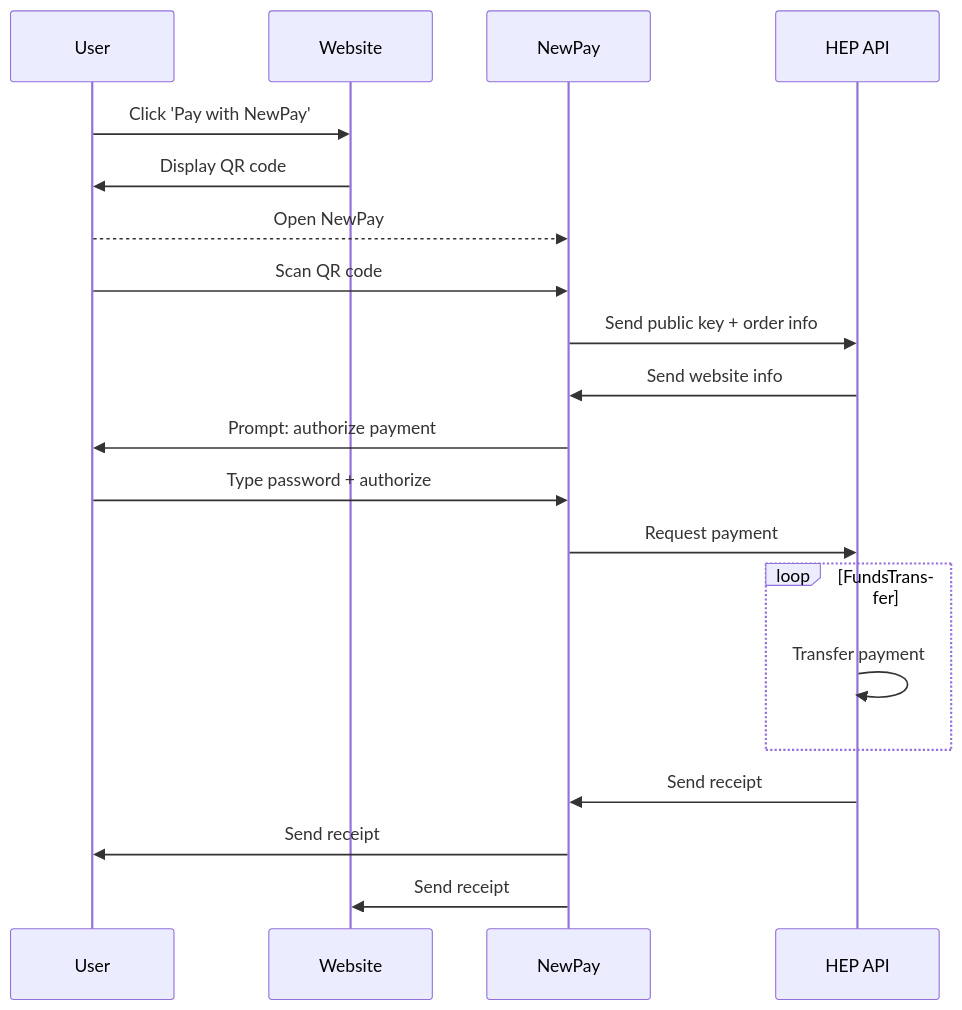
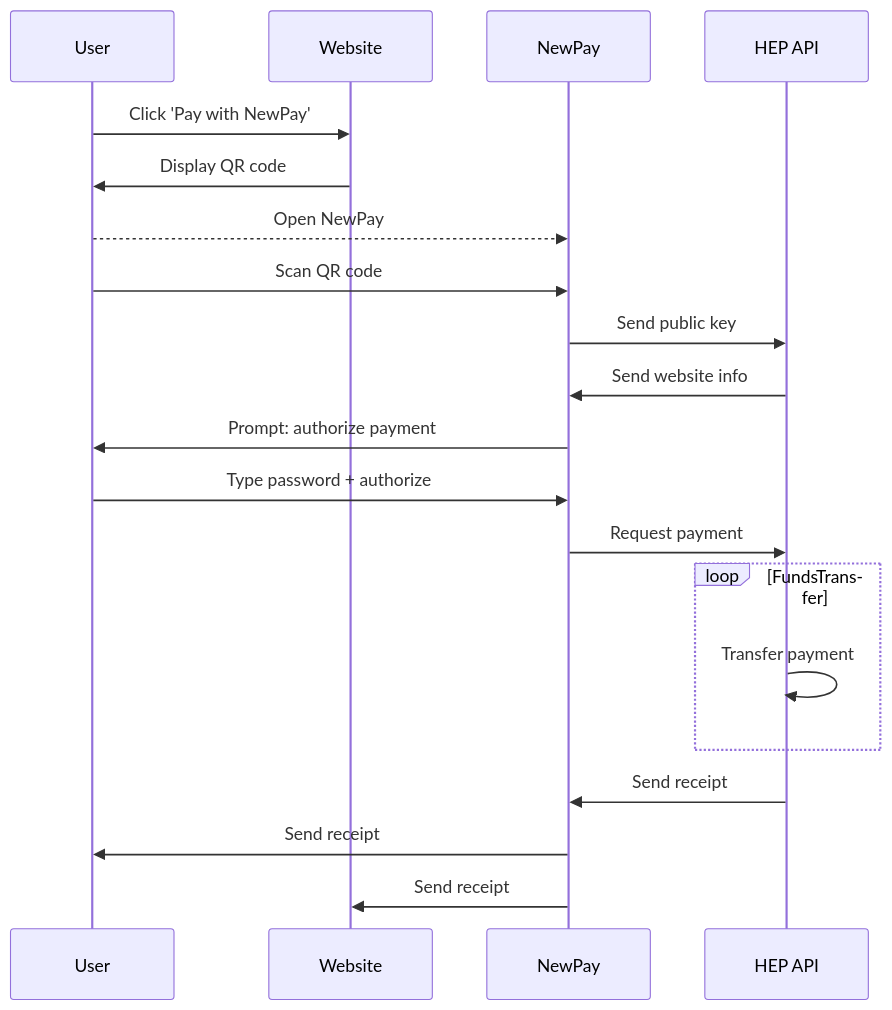
Before and after one commit to newtonproject/HEP-specification: the second of 3 diagrams in payment_process.md, drawn with Mermaid. The commit also changed other lines of this file, not shown here.

````diff
--- a/payment_process.md
+++ b/payment_process.md
@@ -55,23 +55,23 @@
 ```mermaid
 sequenceDiagram;
     participant User;
     participant Website;
 	participant NewPay;
 	participant HEP API;
 
     User->>Website: Click 'Pay with NewPay';
 	Website->>User: Display QR code;
 	User-->>NewPay: Open NewPay;
 	User->>NewPay: Scan QR code;
-	NewPay->>HEP API: Send public key + order info;
+	NewPay->>HEP API: Send public key;
 	HEP API->>NewPay: Send website info;
 	NewPay->> User: Prompt: authorize payment;
 	User->>NewPay: Type password + authorize;
 	NewPay->>HEP API: Request payment;
 loop FundsTransfer;
         HEP API->>HEP API: Transfer payment;
 	end;
 	HEP API->>NewPay: Send receipt;
 	NewPay->>User: Send receipt;
 	NewPay->>Website: Send receipt;
 ```
````
